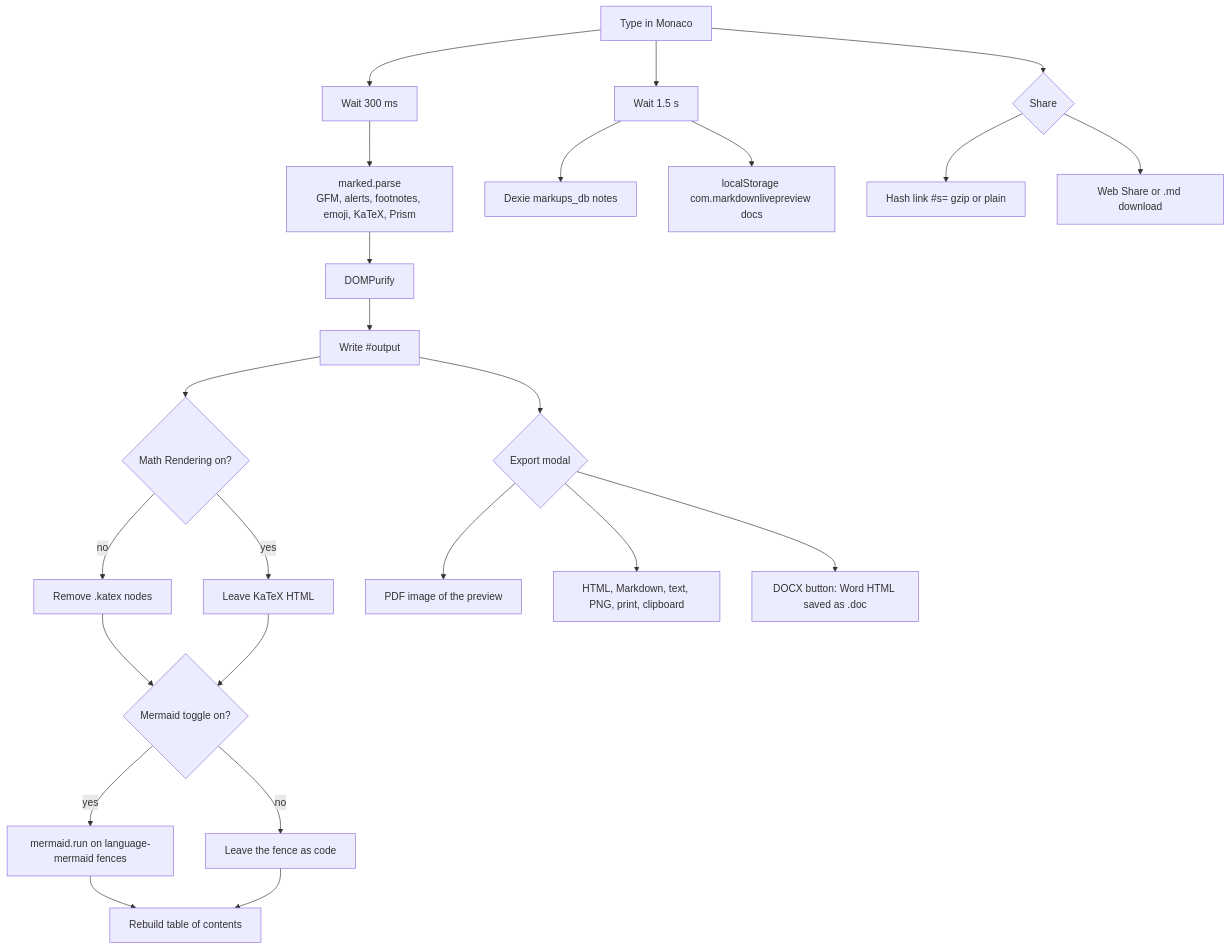
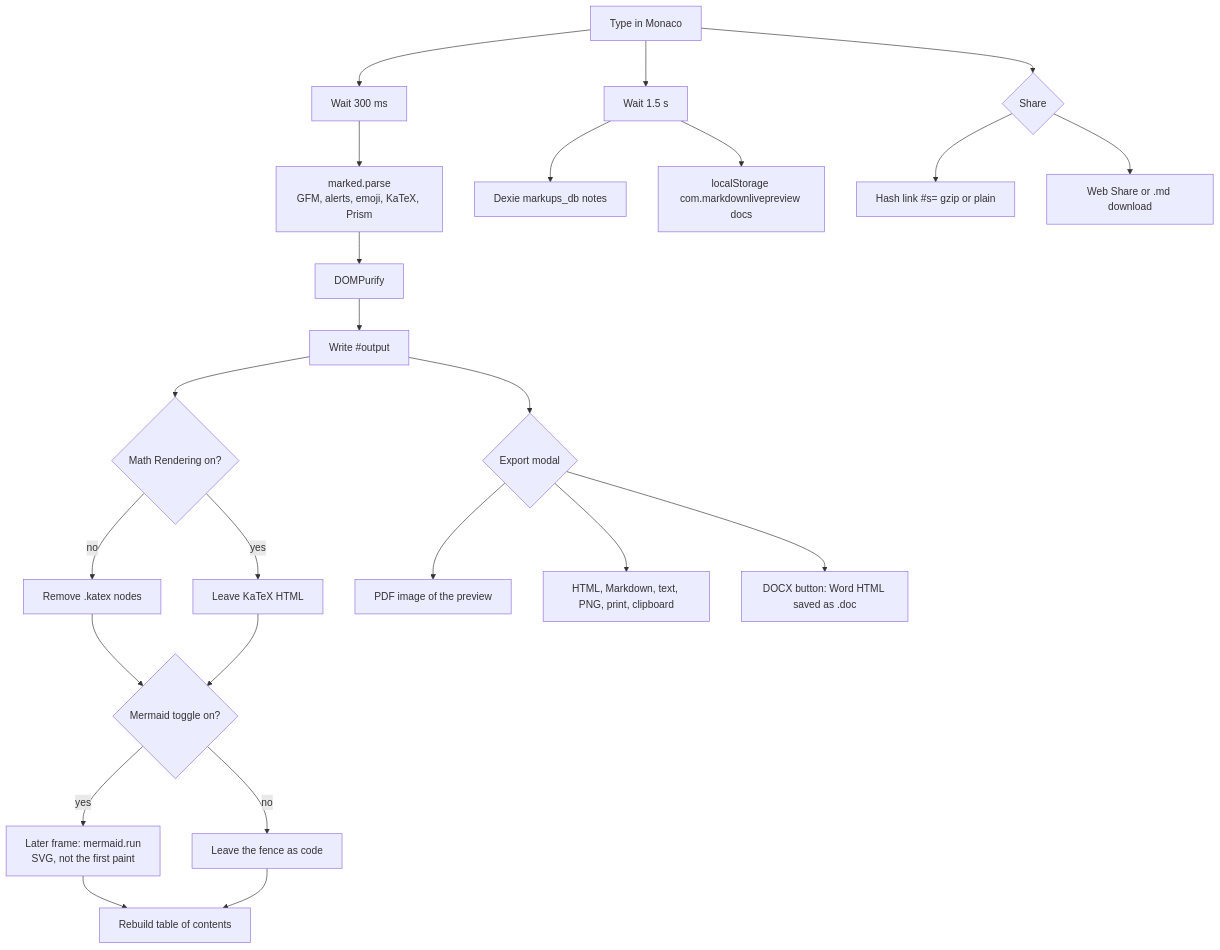
One commit to Nir-Bhay/markups changed the diagram in README.md. Above: the diagram before and after it, drawn with Mermaid. The commit also changed other lines of this file and 2 other files, not shown here.

````diff
--- a/README.md
+++ b/README.md
@@ -132,26 +142,26 @@
 ```mermaid
 flowchart TD
   A[Type in Monaco] --> B[Wait 300 ms]
   A --> S[Wait 1.5 s]
-  B --> C["marked.parse<br/>GFM, alerts, footnotes, emoji, KaTeX, Prism"]
+  B --> C["marked.parse<br/>GFM, alerts, emoji, KaTeX, Prism"]
   C --> D[DOMPurify]
   D --> E["Write #output"]
   E --> F{Math Rendering on?}
   F -->|no| G[Remove .katex nodes]
   F -->|yes| H[Leave KaTeX HTML]
   G --> I{Mermaid toggle on?}
   H --> I
-  I -->|yes| J["mermaid.run on language-mermaid fences"]
+  I -->|yes| J["Later frame: mermaid.run<br/>SVG, not the first paint"]
   I -->|no| K[Leave the fence as code]
   J --> L[Rebuild table of contents]
   K --> L
   S --> M["Dexie markups_db notes"]
   S --> N["localStorage com.markdownlivepreview docs"]
   E --> O{Export modal}
   O --> P[PDF image of the preview]
   O --> Q[HTML, Markdown, text, PNG, print, clipboard]
   O --> R["DOCX button: Word HTML saved as .doc"]
   A --> T{Share}
   T --> U["Hash link #s= gzip or plain"]
   T --> V[Web Share or .md download]
 ```
````
